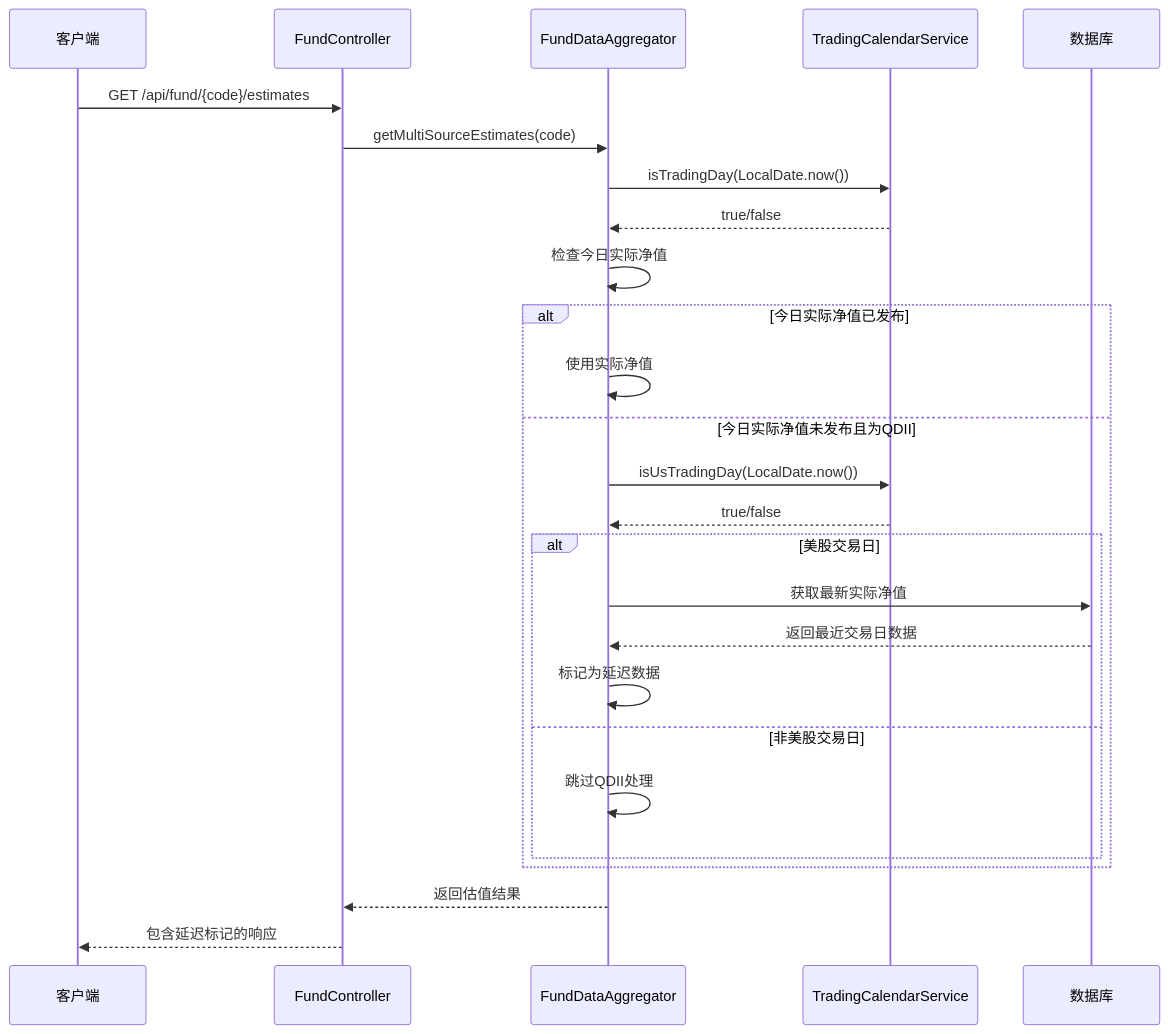
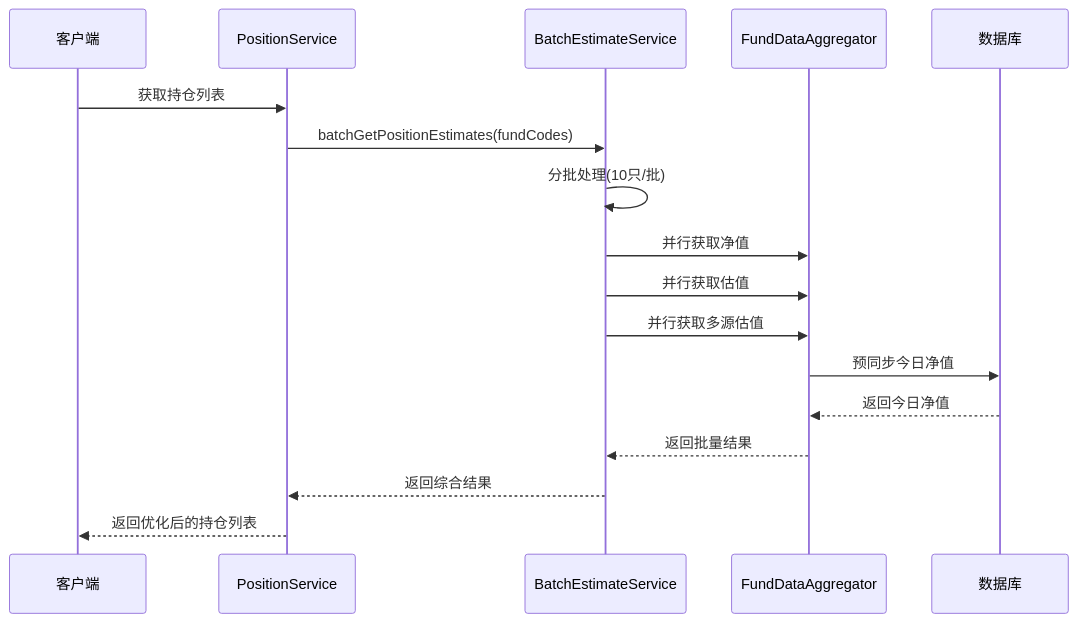
Before and after one commit to gree-coder/fund-butler: diagram 18 of 23 in .qoder/repowiki/zh/content/核心功能开发/多源基金估值系统.md, drawn with Mermaid. The commit also changed other lines of this file and 21 other files, not shown here.

````diff
--- a/.qoder/repowiki/zh/content/核心功能开发/多源基金估值系统.md
+++ b/.qoder/repowiki/zh/content/核心功能开发/多源基金估值系统.md
@@ -773,28 +669,19 @@
 ```mermaid
 sequenceDiagram
 participant Client as 客户端
-participant Controller as FundController
+participant PositionService as PositionService
+participant BatchService as BatchEstimateService
 participant Aggregator as FundDataAggregator
-participant Calendar as TradingCalendarService
 participant DB as 数据库
-Client->>Controller : GET /api/fund/{code}/estimates
-Controller->>Aggregator : getMultiSourceEstimates(code)
-Aggregator->>Calendar : isTradingDay(LocalDate.now())
-Calendar-->>Aggregator : true/false
-Aggregator->>Aggregator : 检查今日实际净值
-alt 今日实际净值已发布
-Aggregator->>Aggregator : 使用实际净值
-else 今日实际净值未发布且为QDII
-Aggregator->>Calendar : isUsTradingDay(LocalDate.now())
-Calendar-->>Aggregator : true/false
-alt 美股交易日
-Aggregator->>DB : 获取最新实际净值
-DB-->>Aggregator : 返回最近交易日数据
-Aggregator->>Aggregator : 标记为延迟数据
-else 非美股交易日
-Aggregator->>Aggregator : 跳过QDII处理
-end
-end
-Aggregator-->>Controller : 返回估值结果
-Controller-->>Client : 包含延迟标记的响应
+Client->>PositionService : 获取持仓列表
+PositionService->>BatchService : batchGetPositionEstimates(fundCodes)
+BatchService->>BatchService : 分批处理(10只/批)
+BatchService->>Aggregator : 并行获取净值
+BatchService->>Aggregator : 并行获取估值
+BatchService->>Aggregator : 并行获取多源估值
+Aggregator->>DB : 预同步今日净值
+DB-->>Aggregator : 返回今日净值
+Aggregator-->>BatchService : 返回批量结果
+BatchService-->>PositionService : 返回综合结果
+PositionService-->>Client : 返回优化后的持仓列表
 ```
````
